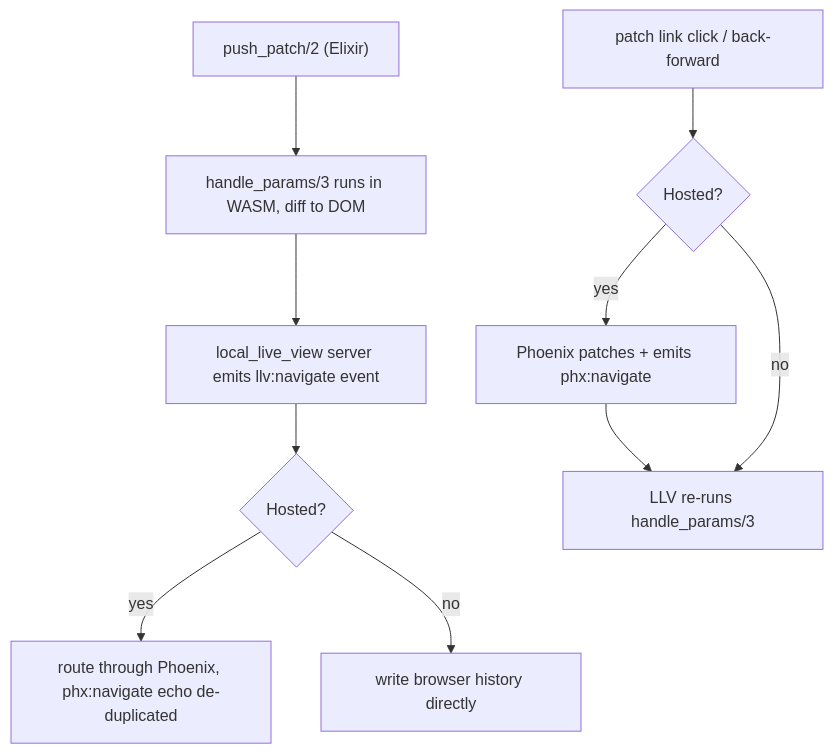
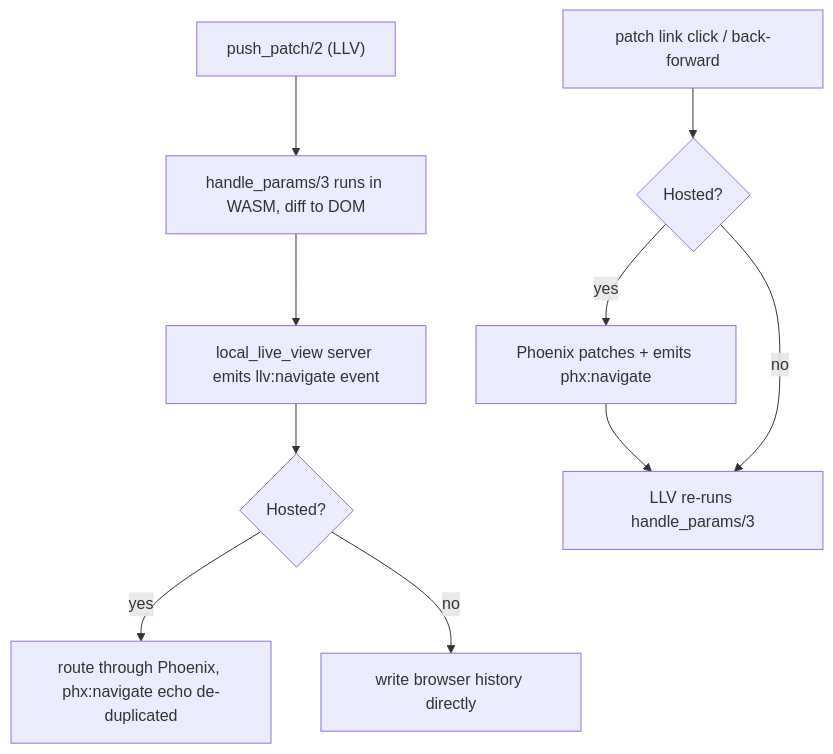
The diagram in local-live-view/pages/guides/navigation.md (software-mansion/popcorn), drawn with Mermaid before and after one commit. The commit also changed other lines of this file and 8 other files, not shown here.

````diff
--- a/local-live-view/pages/guides/navigation.md
+++ b/local-live-view/pages/guides/navigation.md
@@ -75,12 +77,12 @@
 ```mermaid
 flowchart TD
-    PP["push_patch/2 (Elixir)"] --> WASM["handle_params/3 runs in WASM, diff to DOM"]
+    PP["push_patch/2 (LLV)"] --> WASM["handle_params/3 runs in WASM, diff to DOM"]
     WASM --> EMIT["local_live_view server emits llv:navigate event"]
     EMIT --> H{Hosted?}
     H -- yes --> PHX["route through Phoenix, phx:navigate echo de-duplicated"]
     H -- no --> HIST["write browser history directly"]
 
     CLICK["patch link click / back-forward"] --> H2{Hosted?}
     H2 -- yes --> NAV["Phoenix patches + emits phx:navigate"] --> LLV["LLV re-runs handle_params/3"]
     H2 -- no --> LLV
 ```
````
